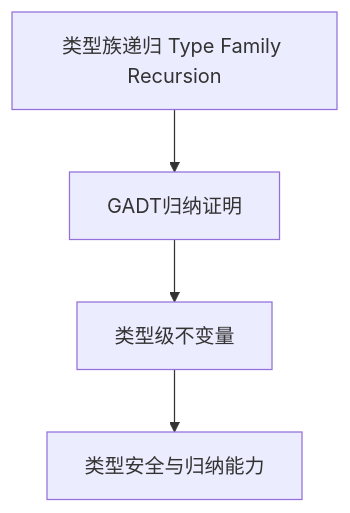
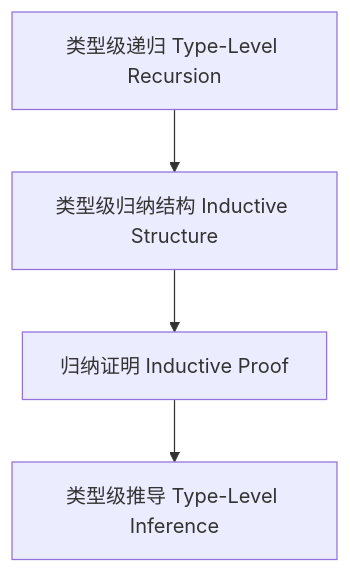
The diagram in docs/analysis/Type/01-Type-Level-Induction.md (AdaMartin18010/haskell), drawn with Mermaid before and after one commit. The commit also changed other lines of this file and 21 other files, not shown here.

````diff
--- a/docs/analysis/Type/01-Type-Level-Induction.md
+++ b/docs/analysis/Type/01-Type-Level-Induction.md
@@ -71,6 +58,6 @@
 ```mermaid
 graph TD
-  A[类型族递归 Type Family Recursion] --> B[GADT归纳证明]
-  B --> C[类型级不变量]
-  C --> D[类型安全与归纳能力]
+  A[类型级递归 Type-Level Recursion] --> B[类型级归纳结构 Inductive Structure]
+  B --> C[归纳证明 Inductive Proof]
+  C --> D[类型级推导 Type-Level Inference]
 ```
````
